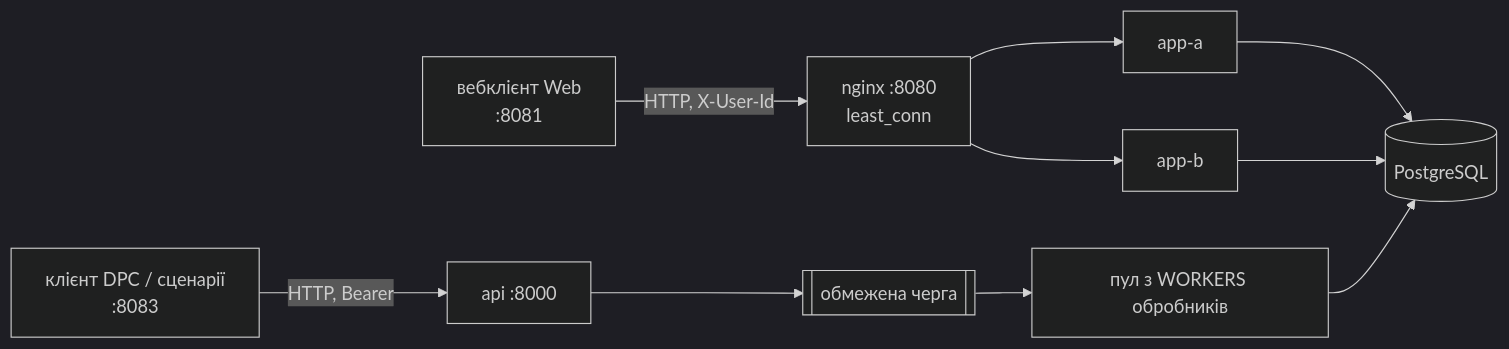
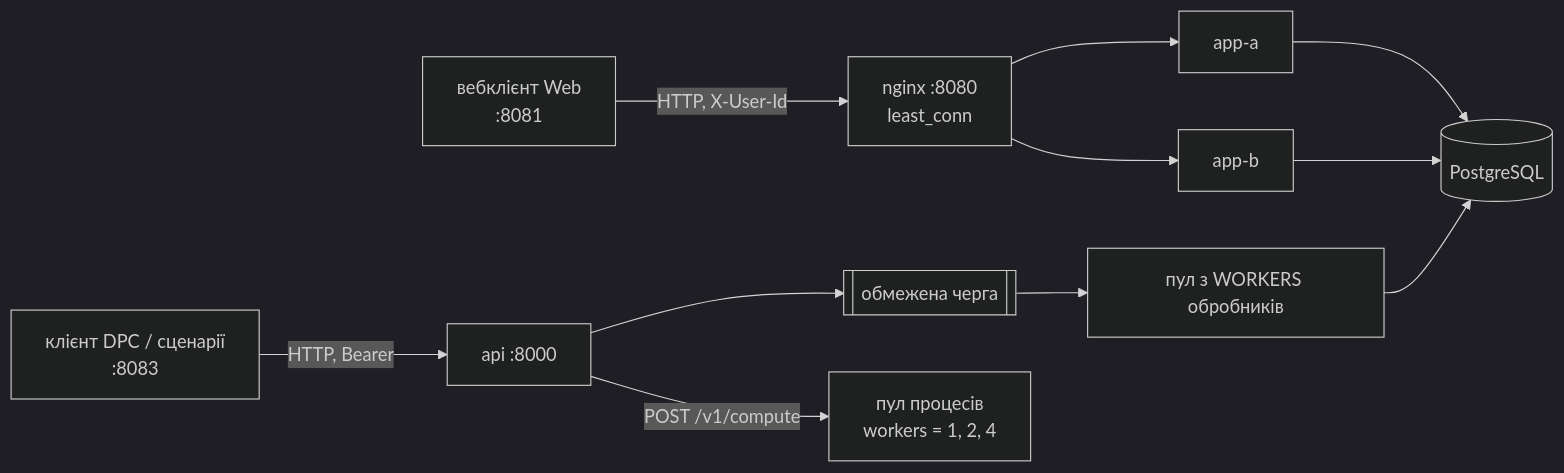
One commit to GabroNagornyuk/carsharing-c08 changed the second of 3 diagrams in README.md. Above: the diagram before and after it, drawn with Mermaid (dark theme). The commit also changed other lines of this file and 37 other files, not shown here.

````diff
--- a/README.md
+++ b/README.md
@@ -60,10 +65,11 @@
 ```mermaid
 flowchart LR
     WC[вебклієнт Web<br/>:8081] -->|HTTP, X-User-Id| N[nginx :8080<br/>least_conn]
     N --> A[app-a]
     N --> B[app-b]
     A --> PG[(PostgreSQL)]
     B --> PG
     DC[клієнт DPC / сценарії<br/>:8083] -->|HTTP, Bearer| API[api :8000]
     API --> Q[[обмежена черга]] --> W[пул з WORKERS обробників] --> PG
+    API -->|POST /v1/compute| PP[пул процесів<br/>workers = 1, 2, 4]
 ```
````
